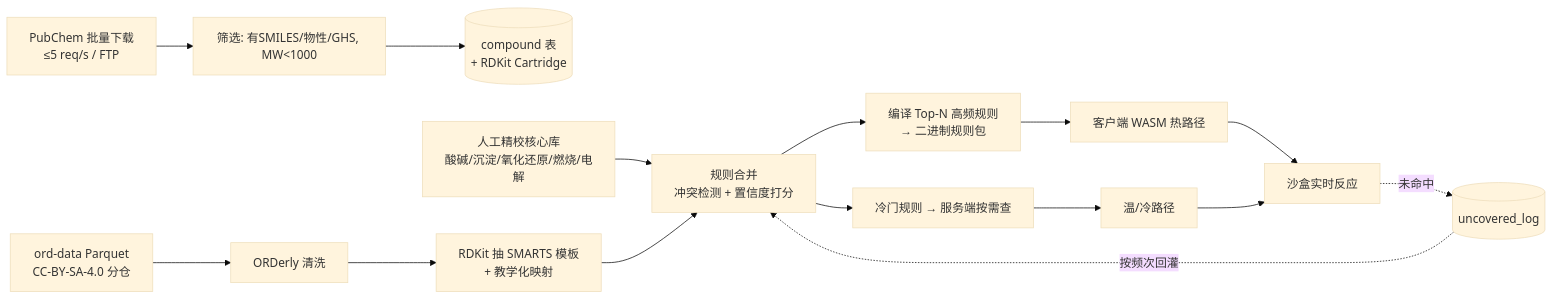
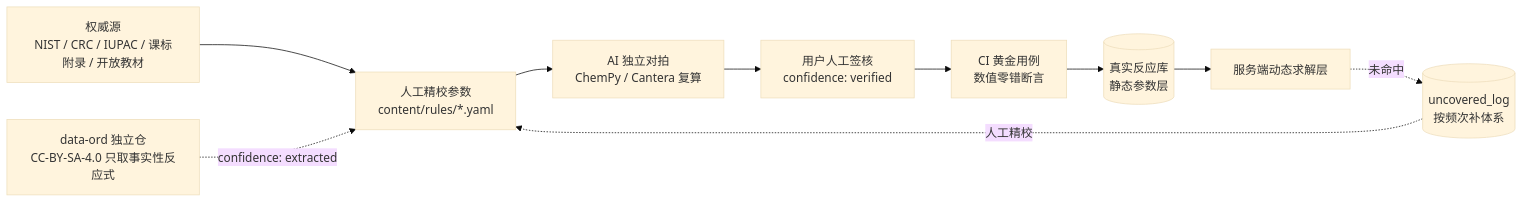
Before and after one commit to stellarissss/open-chem-lab: the diagram in docs/design/03-数据模型与反应规则Schema.md, drawn with Mermaid (base theme). The commit also changed other lines of this file and 46 other files, not shown here.

````diff
--- a/docs/design/03-数据模型与反应规则Schema.md
+++ b/docs/design/03-数据模型与反应规则Schema.md
@@ -189,17 +262,12 @@
 ```mermaid
 flowchart LR
-  A[PubChem 批量下载<br/>≤5 req/s / FTP] --> B[筛选: 有SMILES/物性/GHS, MW<1000]
-  B --> C[(compound 表<br/>+ RDKit Cartridge)]
-  D[ord-data Parquet<br/>CC-BY-SA-4.0 分仓] --> E[ORDerly 清洗]
-  E --> F[RDKit 抽 SMARTS 模板<br/>+ 教学化映射]
-  G[人工精校核心库<br/>酸碱/沉淀/氧化还原/燃烧/电解] --> H[规则合并<br/>冲突检测 + 置信度打分]
-  F --> H
-  H --> I[编译 Top-N 高频规则<br/>→ 二进制规则包]
-  H --> J[冷门规则 → 服务端按需查]
-  I --> K[客户端 WASM 热路径]
-  J --> L[温/冷路径]
-  K --> M[沙盒实时反应]
-  L --> M
-  M -.未命中.-> N[(uncovered_log)]
-  N -.按频次回灌.-> H
+  A[权威源<br/>NIST / CRC / IUPAC / 课标附录 / 开放教材] --> B[人工精校参数<br/>content/rules/*.yaml]
+  ORD[data-ord 独立仓<br/>CC-BY-SA-4.0 只取事实性反应式] -.->|confidence: extracted| B
+  B --> C[AI 独立对拍<br/>ChemPy / Cantera 复算]
+  C --> D[用户人工签核<br/>confidence: verified]
+  D --> E[CI 黄金用例<br/>数值零错断言]
+  E --> F[(真实反应库<br/>静态参数层)]
+  F --> G[服务端动态求解层]
+  G -.未命中.-> H[(uncovered_log<br/>按频次补体系)]
+  H -.人工精校.-> B
 ```
````
